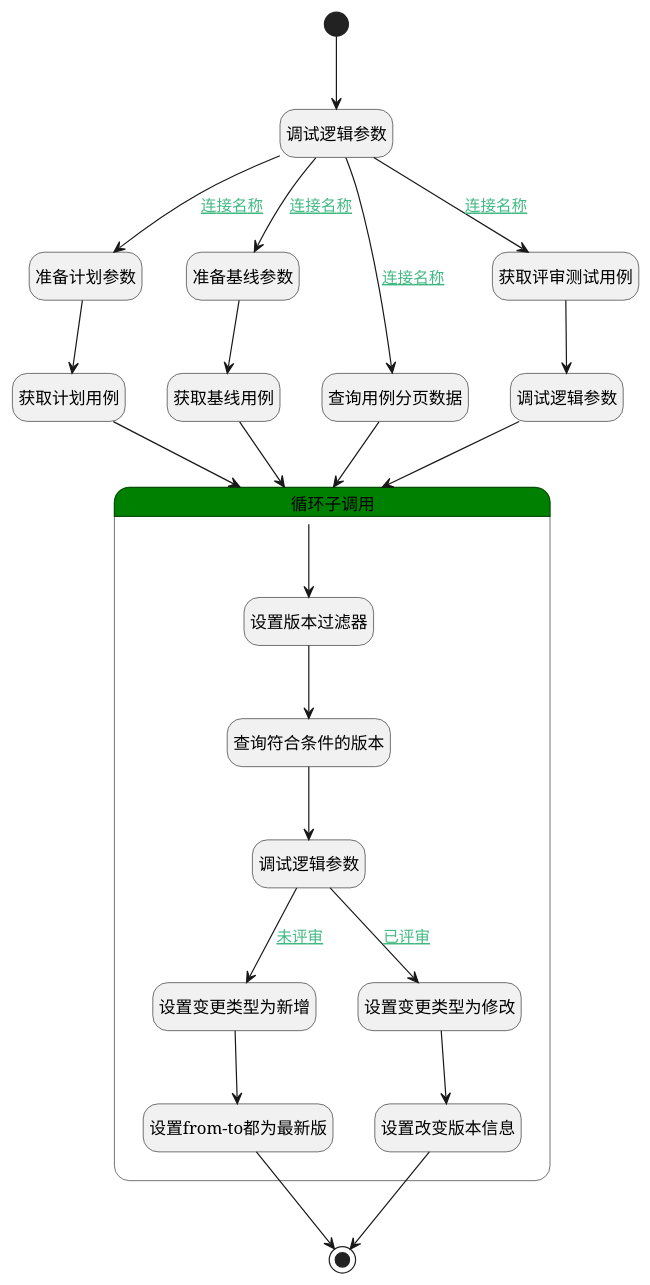
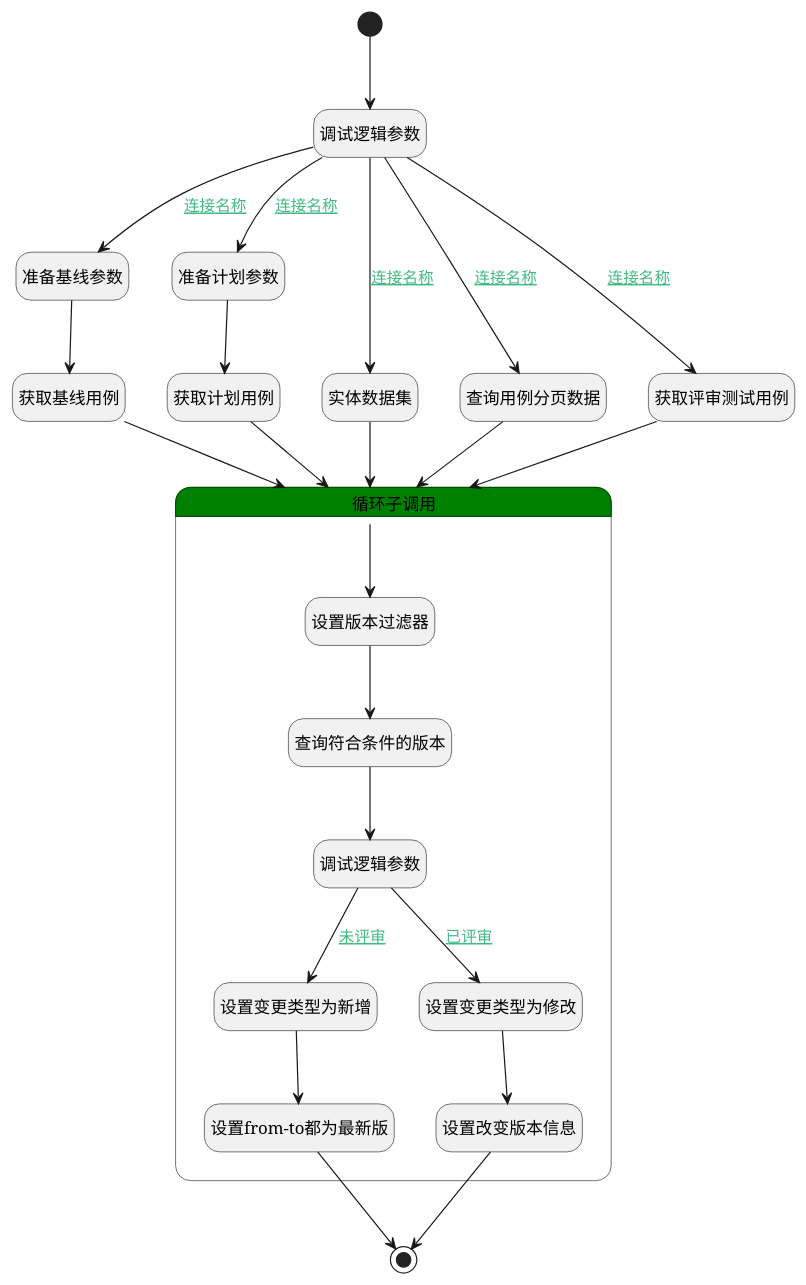
One commit to iBizLab/plm changed the diagram in doc/docsify/module/TestMgmt/test_case/logic/set_change_type.md. Above: the diagram before and after it, drawn with PlantUML. The commit also changed other lines of this file and 1473 other files, not shown here.

````diff
--- a/doc/docsify/module/TestMgmt/test_case/logic/set_change_type.md
+++ b/doc/docsify/module/TestMgmt/test_case/logic/set_change_type.md
@@ -7,56 +7,57 @@
 ```plantuml
 @startuml
 hide empty description
 <style>
 root {
   HyperlinkColor #42b983
 }
 </style>
 
 hide empty description
 state "开始" as Begin <<start>> [[$./set_change_type#begin {"开始"}]]
+state "调试逻辑参数" as DEBUGPARAM3  [[$./set_change_type#debugparam3 {"调试逻辑参数"}]]
+state "准备基线参数" as PREPAREPARAM4  [[$./set_change_type#prepareparam4 {"准备基线参数"}]]
 state "准备计划参数" as PREPAREPARAM5  [[$./set_change_type#prepareparam5 {"准备计划参数"}]]
 state "获取计划用例" as DEDATASET4  [[$./set_change_type#dedataset4 {"获取计划用例"}]]
-state "调试逻辑参数" as DEBUGPARAM3  [[$./set_change_type#debugparam3 {"调试逻辑参数"}]]
-state "准备基线参数" as PREPAREPARAM4  [[$./set_change_type#prepareparam4 {"准备基线参数"}]]
+state "实体数据集" as DEDATASET5  [[$./set_change_type#dedataset5 {"实体数据集"}]]
 state "查询用例分页数据" as DEDATASET1  [[$./set_change_type#dedataset1 {"查询用例分页数据"}]]
 state "获取评审测试用例" as RAWSQLCALL1  [[$./set_change_type#rawsqlcall1 {"获取评审测试用例"}]]
-state "调试逻辑参数" as DEBUGPARAM4  [[$./set_change_type#debugparam4 {"调试逻辑参数"}]]
 state "获取基线用例" as DEDATASET3  [[$./set_change_type#dedataset3 {"获取基线用例"}]]
 state "结束" as END1 <<end>> [[$./set_change_type#end1 {"结束"}]]
 state "循环子调用" as LOOPSUBCALL1  [[$./set_change_type#loopsubcall1 {"循环子调用"}]] #green {
 state "设置版本过滤器" as PREPAREPARAM1  [[$./set_change_type#prepareparam1 {"设置版本过滤器"}]]
 state "查询符合条件的版本" as DEDATASET2  [[$./set_change_type#dedataset2 {"查询符合条件的版本"}]]
 state "调试逻辑参数" as DEBUGPARAM2  [[$./set_change_type#debugparam2 {"调试逻辑参数"}]]
 state "设置变更类型为新增" as PREPAREPARAM2  [[$./set_change_type#prepareparam2 {"设置变更类型为新增"}]]
 state "设置from-to都为最新版" as RAWSFCODE1  [[$./set_change_type#rawsfcode1 {"设置from-to都为最新版"}]]
 state "设置变更类型为修改" as PREPAREPARAM3  [[$./set_change_type#prepareparam3 {"设置变更类型为修改"}]]
 state "设置改变版本信息" as RAWSFCODE2  [[$./set_change_type#rawsfcode2 {"设置改变版本信息"}]]
 }
 
 
 Begin --> DEBUGPARAM3
 DEBUGPARAM3 --> DEDATASET1 : [[$./set_change_type#debugparam3-dedataset1{连接名称} 连接名称]]
 DEDATASET1 --> LOOPSUBCALL1
 LOOPSUBCALL1 --> PREPAREPARAM1
 PREPAREPARAM1 --> DEDATASET2
 DEDATASET2 --> DEBUGPARAM2
 DEBUGPARAM2 --> PREPAREPARAM2 : [[$./set_change_type#debugparam2-prepareparam2{未评审} 未评审]]
 PREPAREPARAM2 --> RAWSFCODE1
 RAWSFCODE1 --> END1
 DEBUGPARAM2 --> PREPAREPARAM3 : [[$./set_change_type#debugparam2-prepareparam3{已评审} 已评审]]
 PREPAREPARAM3 --> RAWSFCODE2
 RAWSFCODE2 --> END1
 DEBUGPARAM3 --> RAWSQLCALL1 : [[$./set_change_type#debugparam3-rawsqlcall1{连接名称} 连接名称]]
-RAWSQLCALL1 --> DEBUGPARAM4
-DEBUGPARAM4 --> LOOPSUBCALL1
+RAWSQLCALL1 --> LOOPSUBCALL1
 DEBUGPARAM3 --> PREPAREPARAM4 : [[$./set_change_type#debugparam3-prepareparam4{连接名称} 连接名称]]
 PREPAREPARAM4 --> DEDATASET3
 DEDATASET3 --> LOOPSUBCALL1
 DEBUGPARAM3 --> PREPAREPARAM5 : [[$./set_change_type#debugparam3-prepareparam5{连接名称} 连接名称]]
 PREPAREPARAM5 --> DEDATASET4
 DEDATASET4 --> LOOPSUBCALL1
+DEBUGPARAM3 --> DEDATASET5 : [[$./set_change_type#debugparam3-dedataset5{连接名称} 连接名称]]
+DEDATASET5 --> LOOPSUBCALL1
 
 
 @enduml
 ```
````
